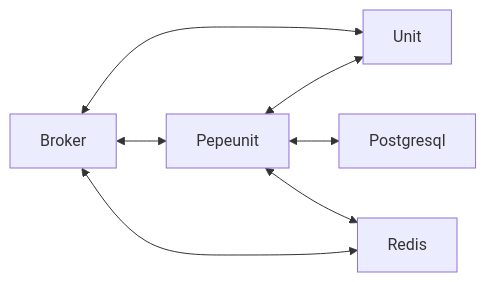
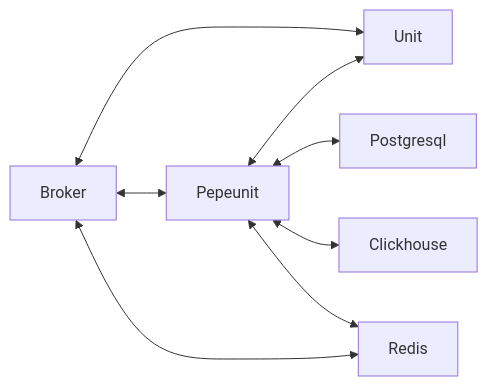
The diagram in docs/deployment/dependencies.md (w7a8n1y4a/pepeunit), drawn with Mermaid before and after one commit. The commit also changed other lines of this file and 5 other files, not shown here.

````diff
--- a/docs/deployment/dependencies.md
+++ b/docs/deployment/dependencies.md
@@ -34,9 +38,10 @@
 ```mermaid
 flowchart LR
   Broker <--> Unit
   Broker <--> Pepeunit
   Pepeunit <--> Unit
   Pepeunit <--> Postgresql
+  Pepeunit <--> Clickhouse
   Broker <--> Redis
   Pepeunit <--> Redis
 ```
````
